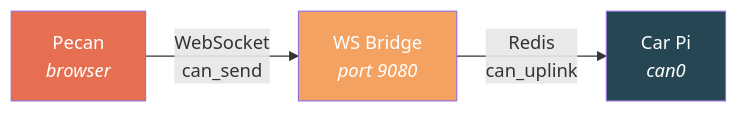
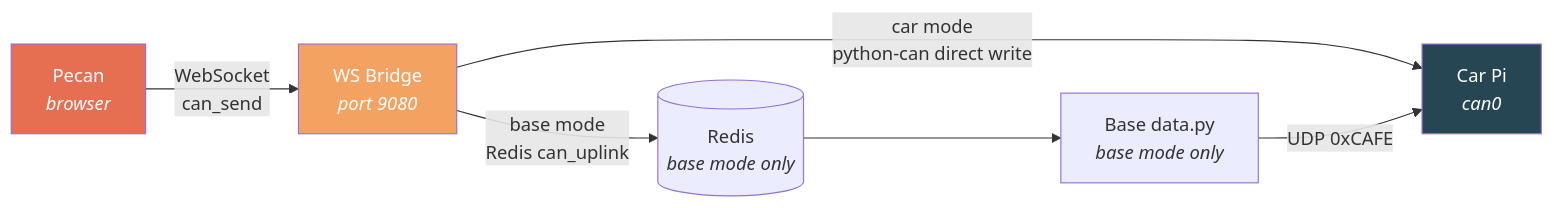
The second of 5 diagrams in WEBSOCKET_PROTOCOL.md (Western-Formula-Racing/data-acquisition), drawn with Mermaid before and after one commit. The commit also changed other lines of this file and 2 other files, not shown here.

````diff
--- a/WEBSOCKET_PROTOCOL.md
+++ b/WEBSOCKET_PROTOCOL.md
@@ -31,13 +32,18 @@
 ```mermaid
 graph LR
     Pecan["Pecan<br/><i>browser</i>"]
     WSBridge["WS Bridge<br/><i>port 9080</i>"]
+    RedisDB[("Redis<br/><i>base mode only</i>")]
+    BaseData["Base data.py<br/><i>base mode only</i>"]
     CarPi["Car Pi<br/><i>can0</i>"]
 
     Pecan -- "WebSocket<br/>can_send" --> WSBridge
-    WSBridge -- "Redis<br/>can_uplink" --> CarPi
+    WSBridge -- "car mode<br/>python-can direct write" --> CarPi
+    WSBridge -- "base mode<br/>Redis can_uplink" --> RedisDB
+    RedisDB --> BaseData
+    BaseData -- "UDP 0xCAFE" --> CarPi
 
     style Pecan fill:#e76f51,color:#fff
     style WSBridge fill:#f4a261,color:#fff
     style CarPi fill:#264653,color:#fff
 ```
````
